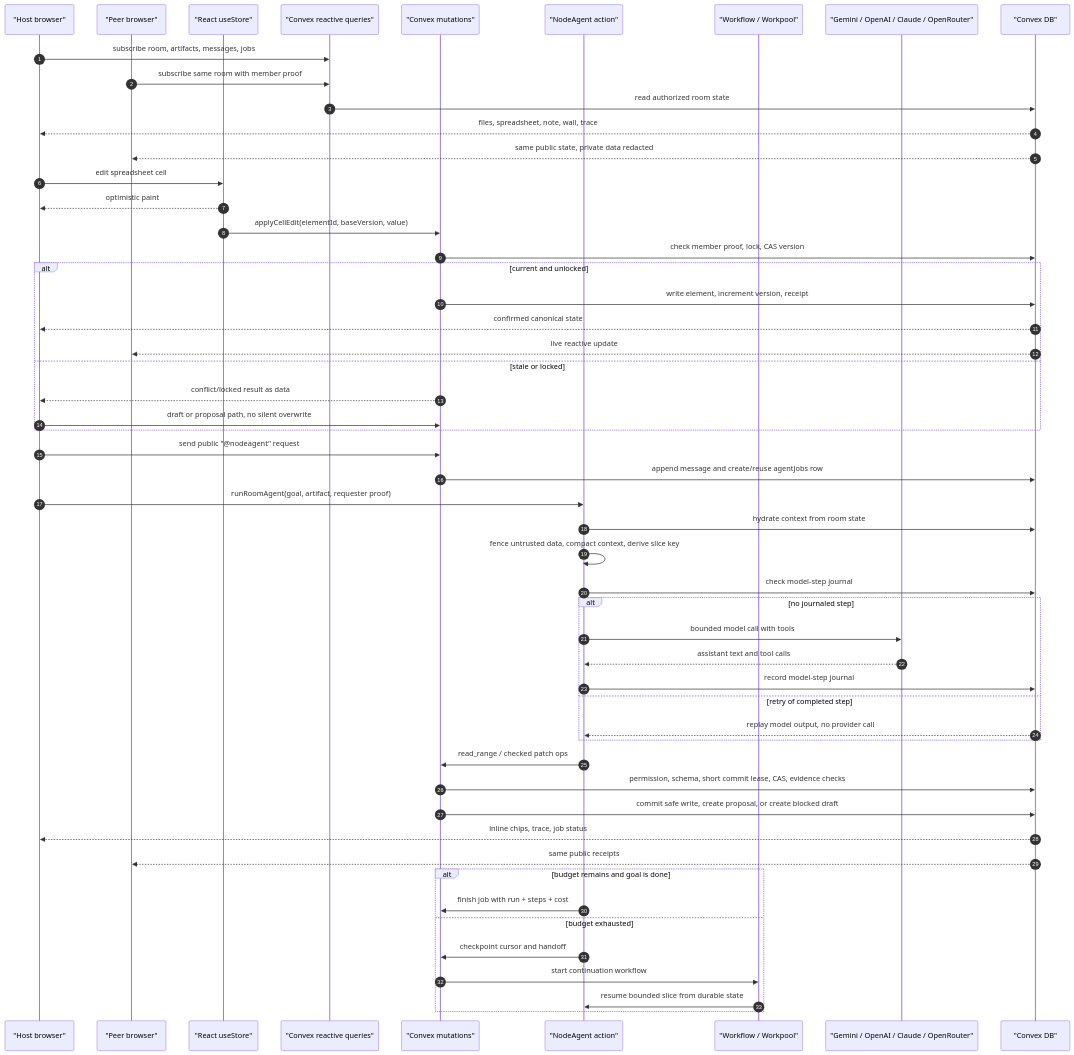
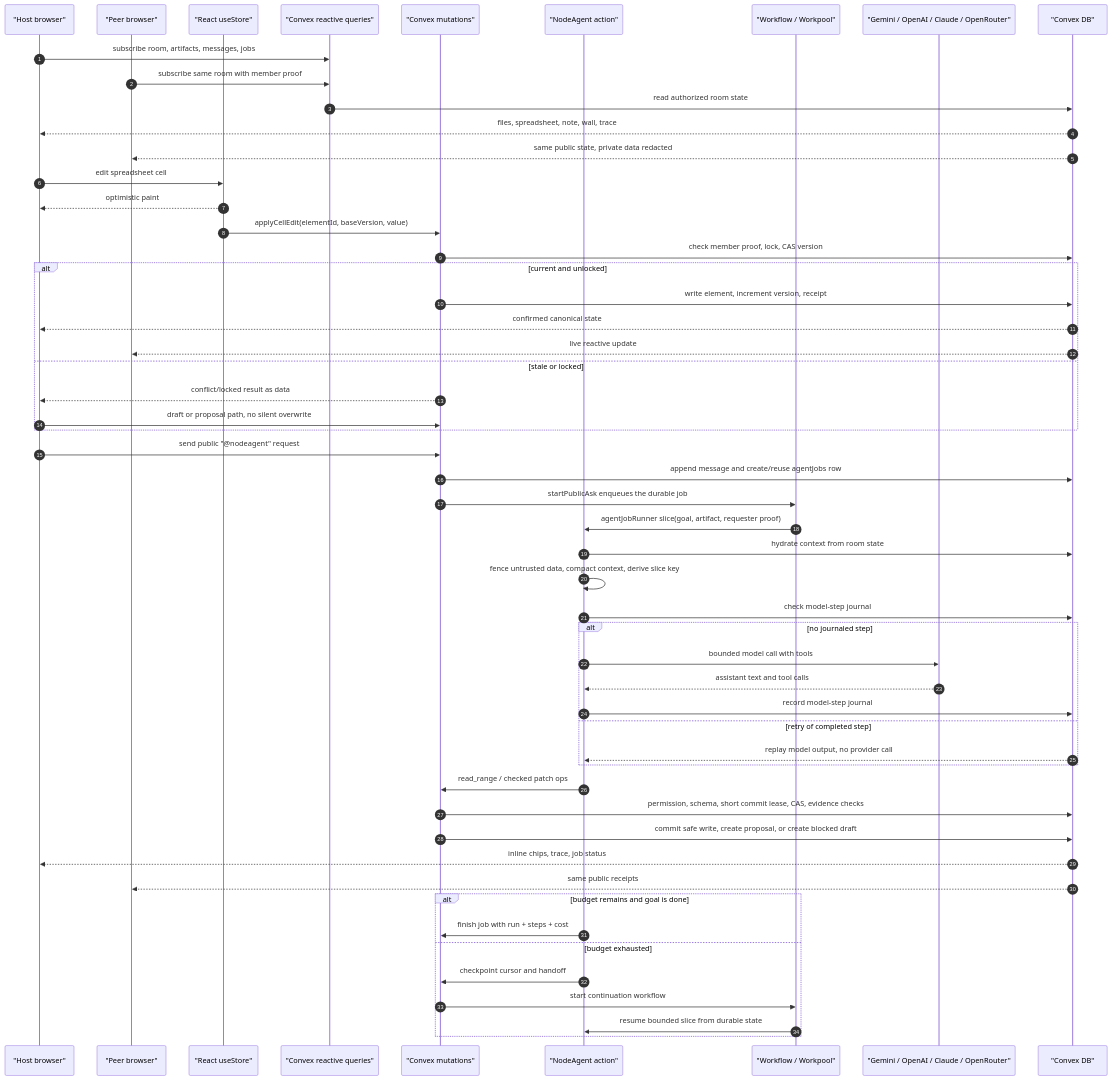
One commit to HomenShum/NodeRoom changed the fourth of 5 diagrams in README.md. Above: the diagram before and after it, drawn with Mermaid. The commit also changed other lines of this file and 84 other files, not shown here.

````diff
--- a/README.md
+++ b/README.md
@@ -1788,58 +1802,59 @@
 ```mermaid
 sequenceDiagram
   autonumber
   participant Host as "Host browser"
   participant Peer as "Peer browser"
   participant Store as "React useStore"
   participant Query as "Convex reactive queries"
   participant Mutation as "Convex mutations"
   participant Agent as "NodeAgent action"
   participant Flow as "Workflow / Workpool"
   participant LLM as "Gemini / OpenAI / Claude / OpenRouter"
   participant DB as "Convex DB"
 
   Host->>Query: subscribe room, artifacts, messages, jobs
   Peer->>Query: subscribe same room with member proof
   Query->>DB: read authorized room state
   DB-->>Host: files, spreadsheet, note, wall, trace
   DB-->>Peer: same public state, private data redacted
 
   Host->>Store: edit spreadsheet cell
   Store-->>Host: optimistic paint
   Store->>Mutation: applyCellEdit(elementId, baseVersion, value)
   Mutation->>DB: check member proof, lock, CAS version
   alt current and unlocked
     Mutation->>DB: write element, increment version, receipt
     DB-->>Host: confirmed canonical state
     DB-->>Peer: live reactive update
   else stale or locked
     Mutation-->>Host: conflict/locked result as data
     Host->>Mutation: draft or proposal path, no silent overwrite
   end
 
   Host->>Mutation: send public "@nodeagent" request
   Mutation->>DB: append message and create/reuse agentJobs row
-  Host->>Agent: runRoomAgent(goal, artifact, requester proof)
+  Mutation->>Flow: startPublicAsk enqueues the durable job
+  Flow->>Agent: agentJobRunner slice(goal, artifact, requester proof)
   Agent->>DB: hydrate context from room state
   Agent->>Agent: fence untrusted data, compact context, derive slice key
   Agent->>DB: check model-step journal
   alt no journaled step
     Agent->>LLM: bounded model call with tools
     LLM-->>Agent: assistant text and tool calls
     Agent->>DB: record model-step journal
   else retry of completed step
     DB-->>Agent: replay model output, no provider call
   end
   Agent->>Mutation: read_range / checked patch ops
   Mutation->>DB: permission, schema, short commit lease, CAS, evidence checks
   Mutation->>DB: commit safe write, create proposal, or create blocked draft
   DB-->>Host: inline chips, trace, job status
   DB-->>Peer: same public receipts
   alt budget remains and goal is done
     Agent->>Mutation: finish job with run + steps + cost
   else budget exhausted
     Agent->>Mutation: checkpoint cursor and handoff
     Mutation->>Flow: start continuation workflow
     Flow->>Agent: resume bounded slice from durable state
   end
 ```
````
